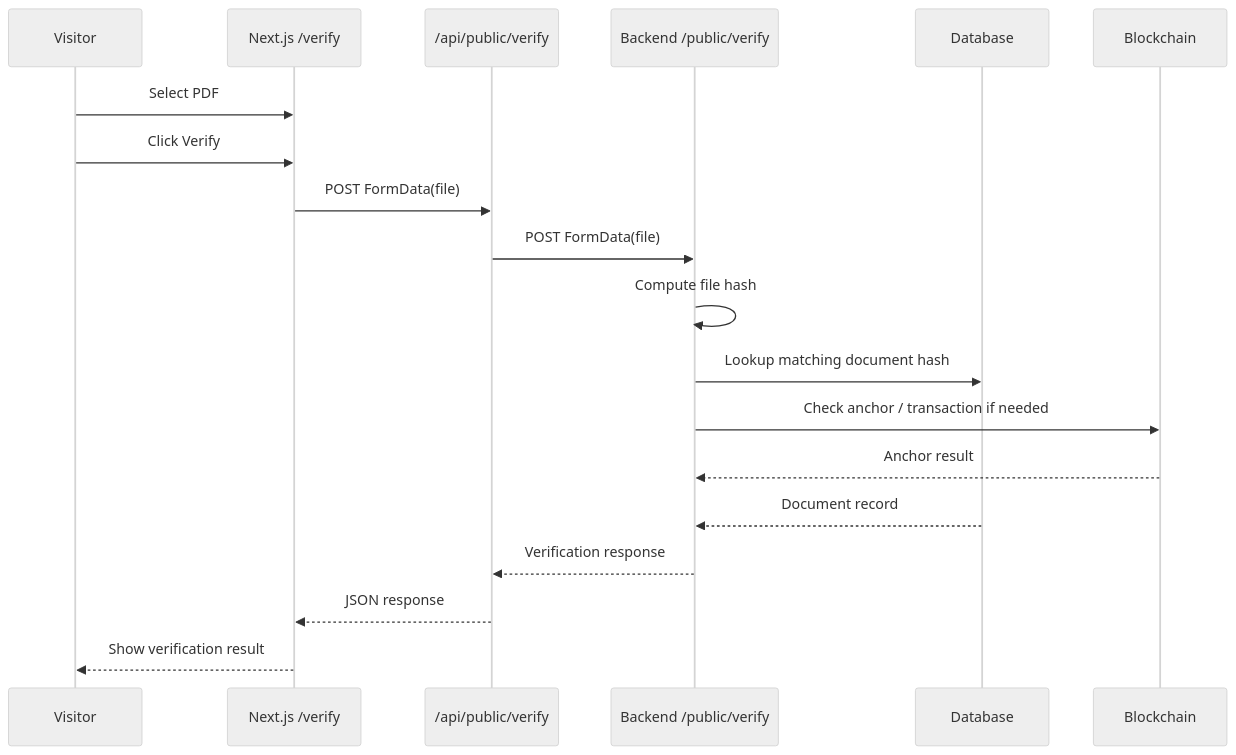
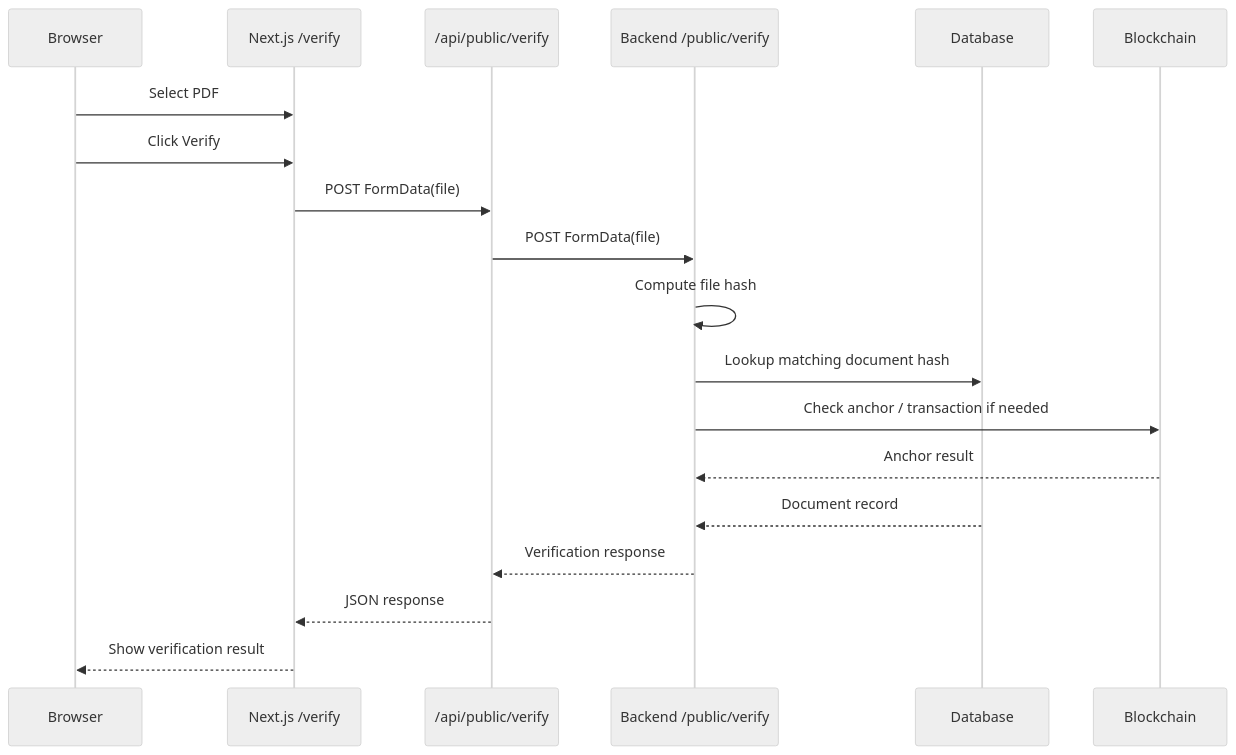
One commit to agustinelumandong/LexChain changed diagram 14 of 18 in docs/LEXCHAIN-WORKFLOW-FLOWCHARTS.md. Above: the diagram before and after it, drawn with Mermaid (neutral theme). The commit also changed other lines of this file and 6 other files, not shown here.

````diff
--- a/docs/LEXCHAIN-WORKFLOW-FLOWCHARTS.md
+++ b/docs/LEXCHAIN-WORKFLOW-FLOWCHARTS.md
@@ -366,22 +315,22 @@
 ```mermaid
 sequenceDiagram
-  participant Visitor
+  participant Browser
   participant Web as Next.js /verify
   participant Handler as /api/public/verify
   participant Backend as Backend /public/verify
   participant DB as Database
   participant Chain as Blockchain
 
-  Visitor->>Web: Select PDF
-  Visitor->>Web: Click Verify
+  Browser->>Web: Select PDF
+  Browser->>Web: Click Verify
   Web->>Handler: POST FormData(file)
   Handler->>Backend: POST FormData(file)
   Backend->>Backend: Compute file hash
   Backend->>DB: Lookup matching document hash
   Backend->>Chain: Check anchor / transaction if needed
   Chain-->>Backend: Anchor result
   DB-->>Backend: Document record
   Backend-->>Handler: Verification response
   Handler-->>Web: JSON response
-  Web-->>Visitor: Show verification result
+  Web-->>Browser: Show verification result
 ```
````
